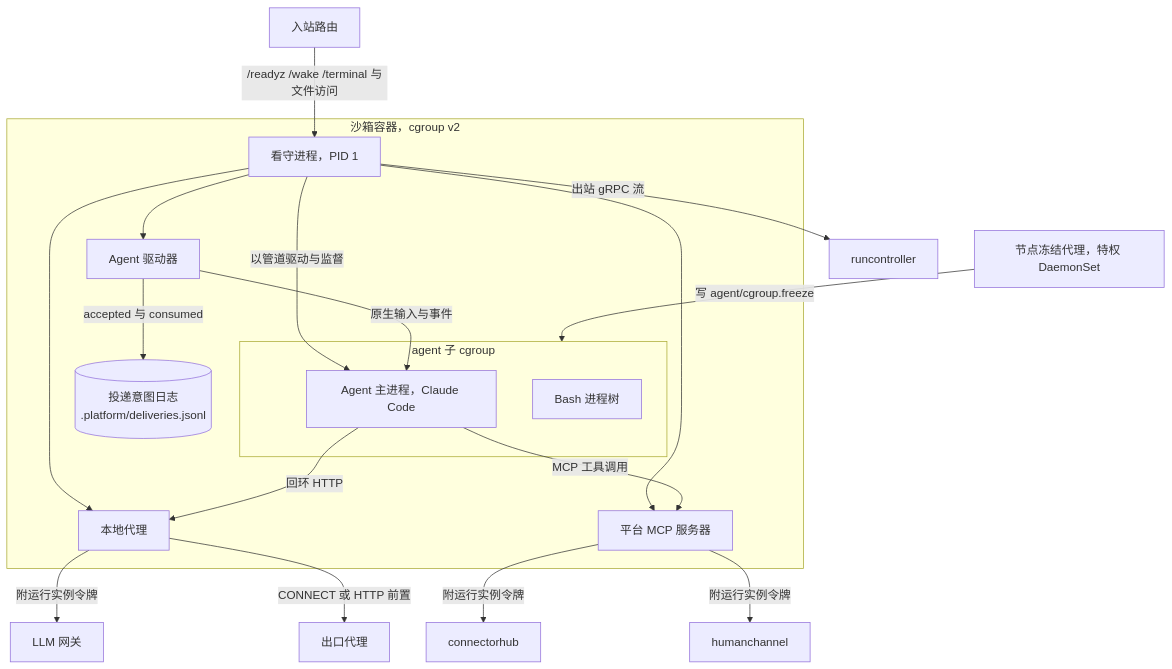
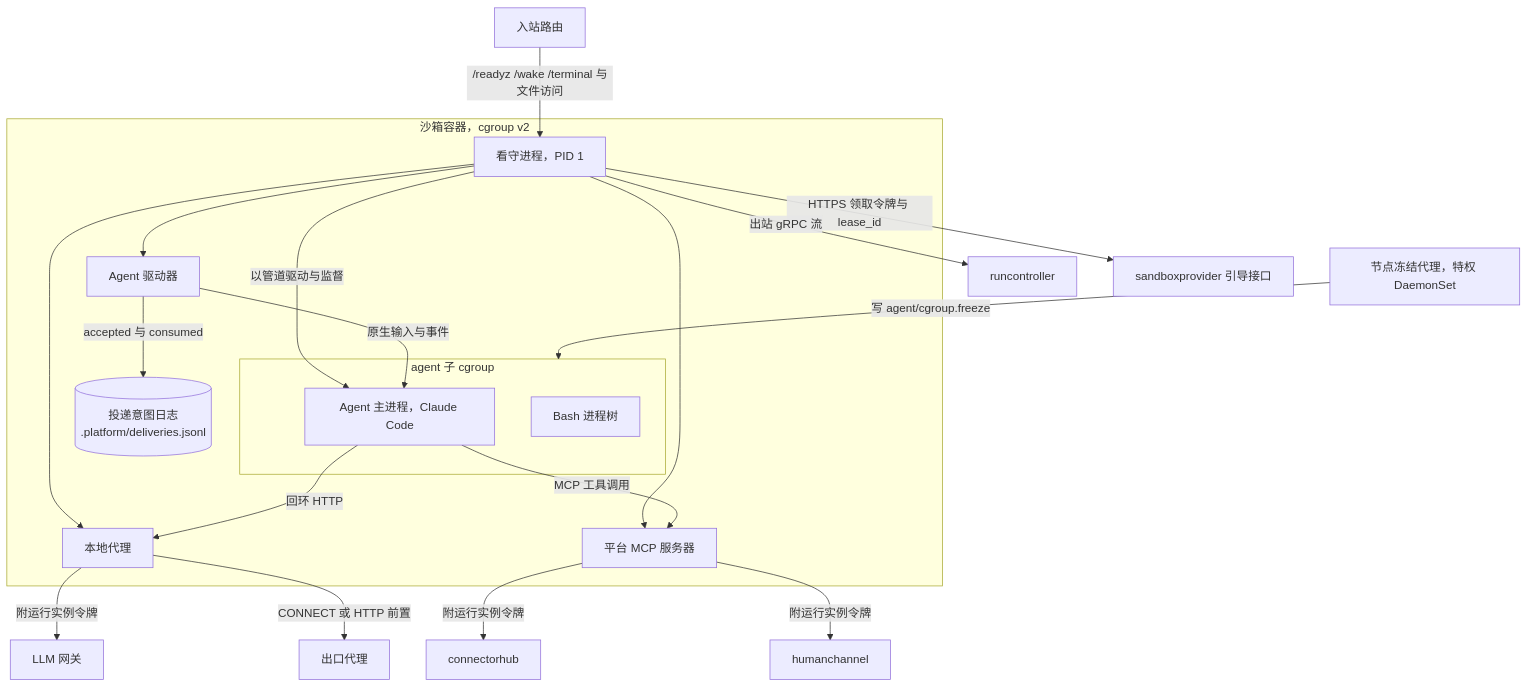
Before and after one commit to wangzw/castworks: the first of 3 diagrams in docs/design/modules/warden/design-warden.md, drawn with Mermaid. The commit also changed other lines of this file and 37 other files, not shown here.

````diff
--- a/docs/design/modules/warden/design-warden.md
+++ b/docs/design/modules/warden/design-warden.md
@@ -165,36 +178,38 @@
 ```mermaid
 flowchart TB
     subgraph sandbox["沙箱容器，cgroup v2"]
         warden["看守进程，PID 1"]
         proxy["本地代理"]
         mcp["平台 MCP 服务器"]
         driver["Agent 驱动器"]
         intent[("投递意图日志<br/>.platform/deliveries.jsonl")]
         subgraph agentcg["agent 子 cgroup"]
             agent["Agent 主进程，Claude Code"]
             bash["Bash 进程树"]
         end
         warden -->|"以管道驱动与监督"| agent
         warden --> proxy
         warden --> mcp
         warden --> driver
         driver -->|"原生输入与事件"| agent
         driver -->|"accepted 与 consumed"| intent
         agent -->|"回环 HTTP"| proxy
         agent -->|"MCP 工具调用"| mcp
     end
     nfa["节点冻结代理，特权 DaemonSet"]
     router["入站路由"]
     rc["runcontroller"]
     gw["LLM 网关"]
     egress["出口代理"]
     hub["connectorhub"]
     hc["humanchannel"]
+    boot["sandboxprovider 引导接口"]
     nfa -->|"写 agent/cgroup.freeze"| agentcg
     router -->|"/readyz /wake /terminal 与文件访问"| warden
+    warden -->|"HTTPS 领取令牌与 lease_id"| boot
     warden -->|"出站 gRPC 流"| rc
     proxy -->|"附运行实例令牌"| gw
     proxy -->|"CONNECT 或 HTTP 前置"| egress
     mcp -->|"附运行实例令牌"| hub
     mcp -->|"附运行实例令牌"| hc
 ```
````
